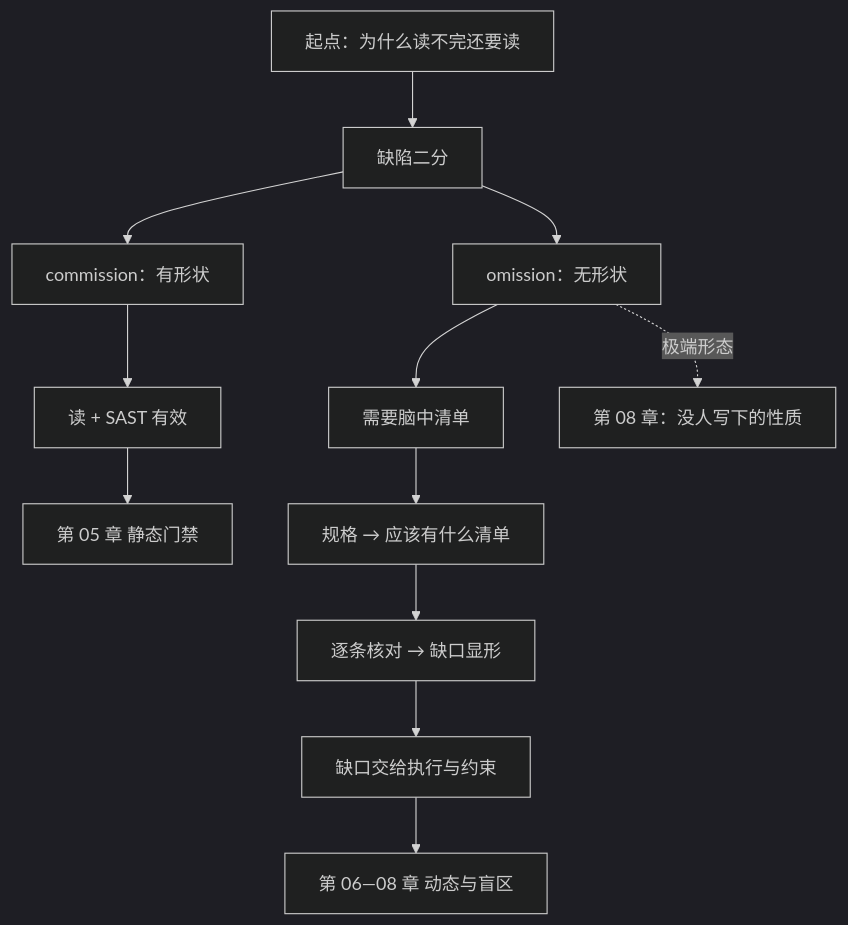
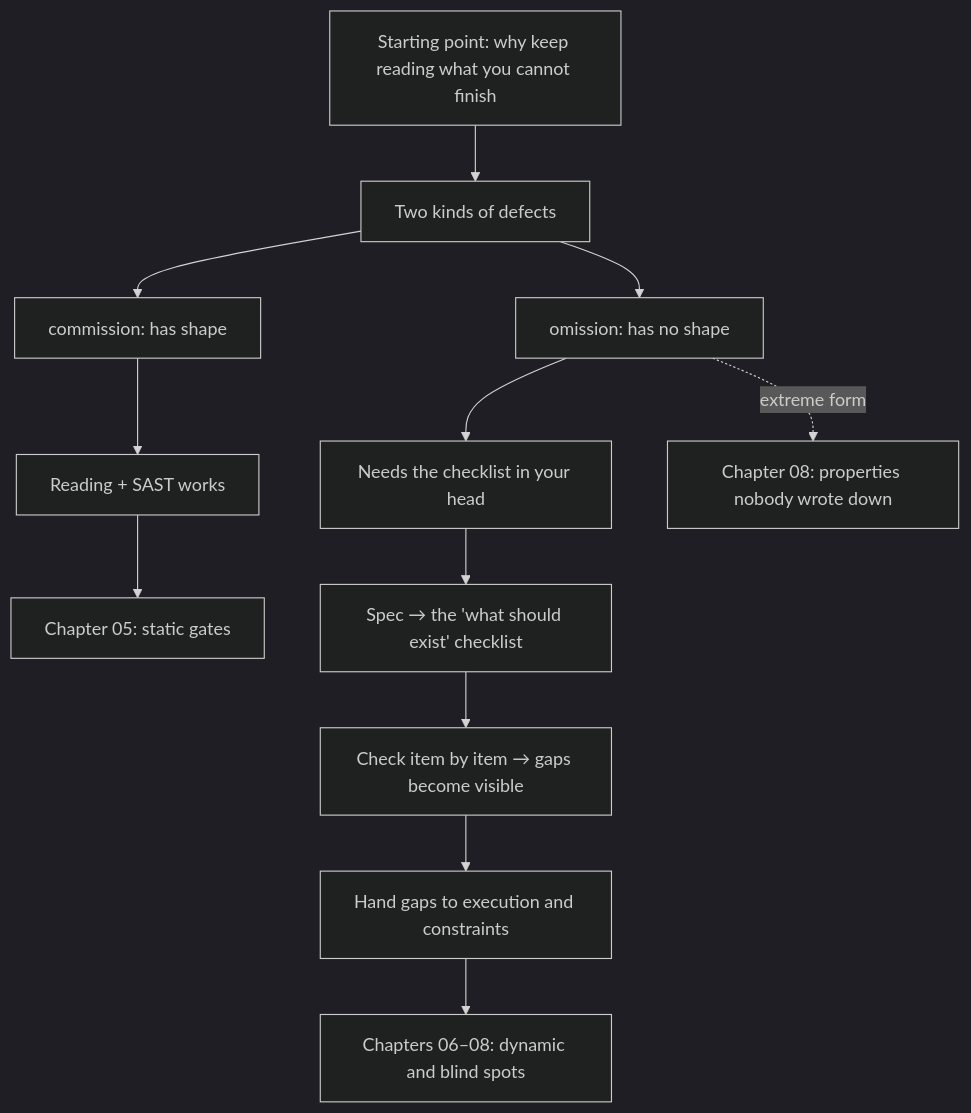
Before and after one commit to xzlxiao/vibe-coding-textbook: the third of 3 diagrams in phase3/chapters/ch02-two-kinds-of-defects.md, drawn with Mermaid (dark theme). The commit also changed other lines of this file and 12 other files, not shown here.

````diff
--- a/phase3/chapters/ch02-two-kinds-of-defects.md
+++ b/phase3/chapters/ch02-two-kinds-of-defects.md
@@ -254,14 +254,14 @@
 ```mermaid
 flowchart TD
-    A["起点：为什么读不完还要读"] --> B["缺陷二分"]
-    B --> C["commission：有形状"]
-    B --> D["omission：无形状"]
-    C --> E["读 + SAST 有效"]
-    D --> F["需要脑中清单"]
-    F --> G["规格 → 应该有什么清单"]
-    G --> H["逐条核对 → 缺口显形"]
-    H --> I["缺口交给执行与约束"]
-    E --> J["第 05 章 静态门禁"]
-    I --> K["第 06—08 章 动态与盲区"]
-    D -.->|"极端形态"| L["第 08 章：没人写下的性质"]
+    A["Starting point: why keep reading what you cannot finish"] --> B["Two kinds of defects"]
+    B --> C["commission: has shape"]
+    B --> D["omission: has no shape"]
+    C --> E["Reading + SAST works"]
+    D --> F["Needs the checklist in your head"]
+    F --> G["Spec → the 'what should exist' checklist"]
+    G --> H["Check item by item → gaps become visible"]
+    H --> I["Hand gaps to execution and constraints"]
+    E --> J["Chapter 05: static gates"]
+    I --> K["Chapters 06–08: dynamic and blind spots"]
+    D -.->|"extreme form"| L["Chapter 08: properties nobody wrote down"]
 ```
````
